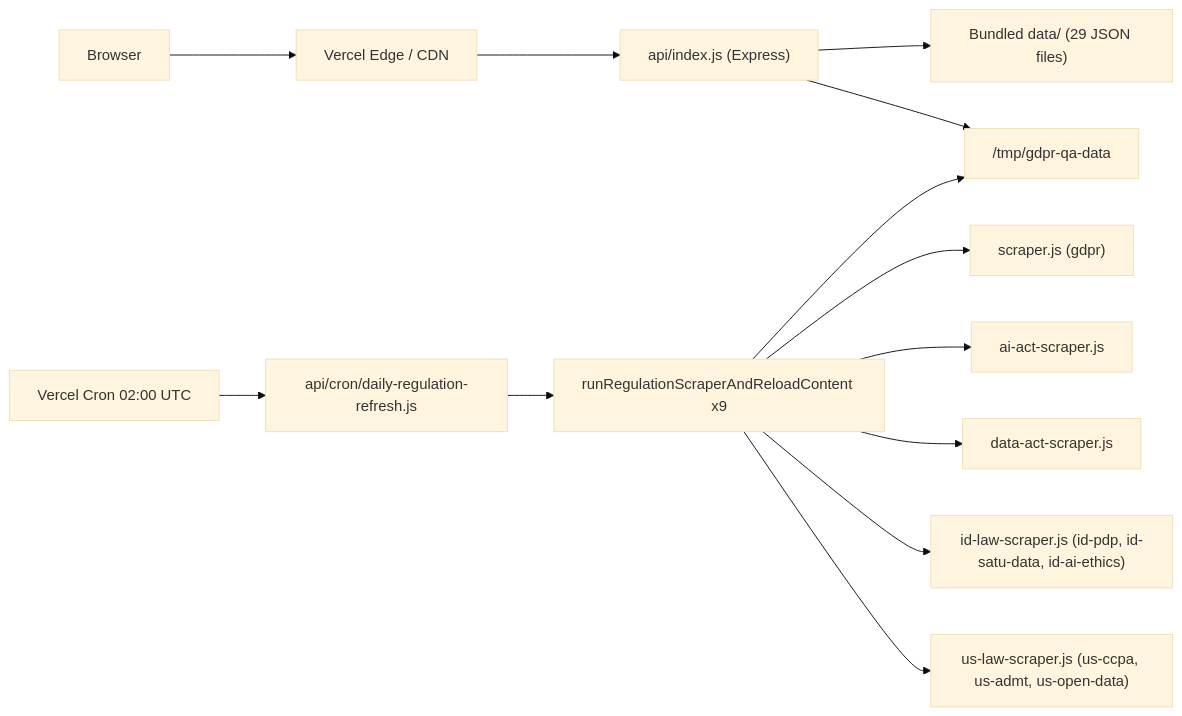
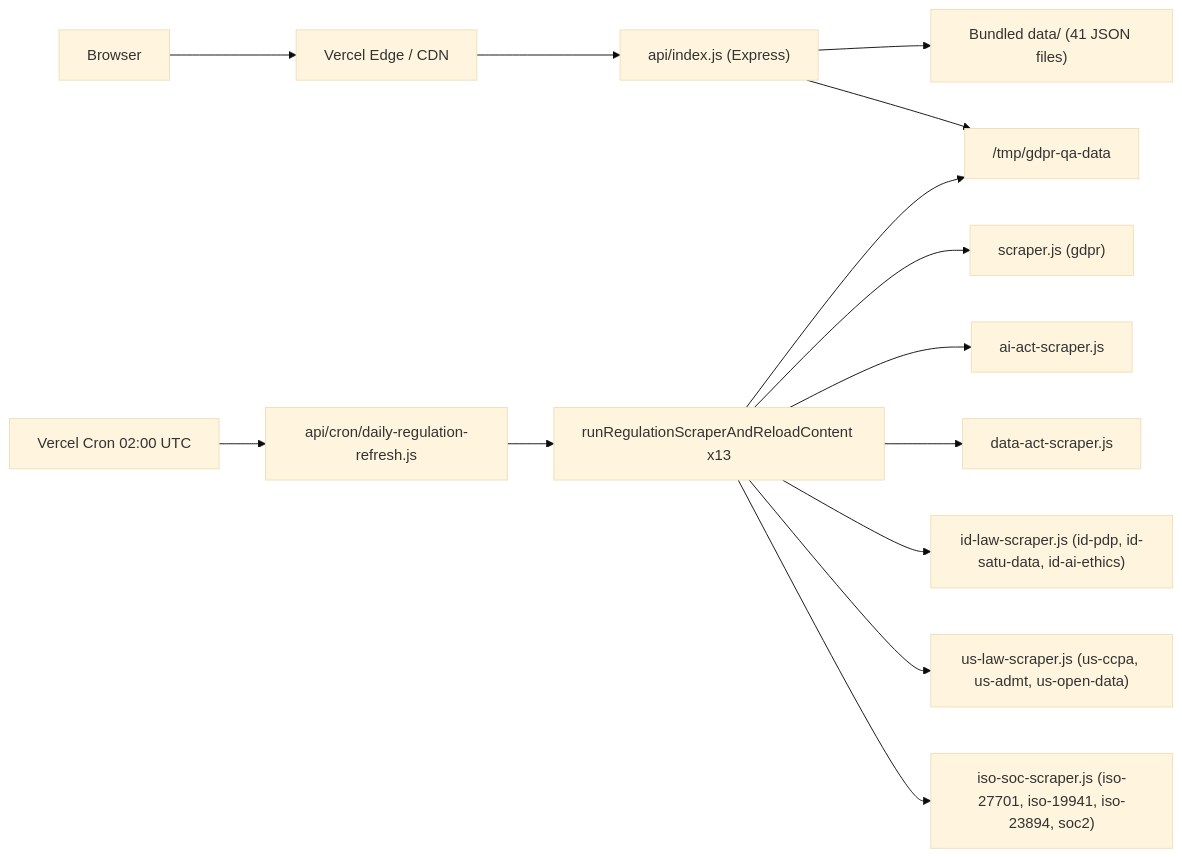
The diagram in docs/VERCEL_DEPLOY.md (RifqiMT/gdpr-qa-platform), drawn with Mermaid (base theme) before and after one commit. The commit also changed other lines of this file and 55 other files, not shown here.

````diff
--- a/docs/VERCEL_DEPLOY.md
+++ b/docs/VERCEL_DEPLOY.md
@@ -18,15 +18,16 @@
 ```mermaid
 flowchart LR
   User[Browser] --> Vercel[Vercel Edge / CDN]
   Vercel --> API["api/index.js (Express)"]
-  API --> Bundle["Bundled data/ (29 JSON files)"]
+  API --> Bundle["Bundled data/ (41 JSON files)"]
   API --> Tmp["/tmp/gdpr-qa-data"]
   Cron[Vercel Cron 02:00 UTC] --> CronFn["api/cron/daily-regulation-refresh.js"]
-  CronFn --> ETL[runRegulationScraperAndReloadContent x9]
+  CronFn --> ETL[runRegulationScraperAndReloadContent x13]
   ETL --> Tmp
   ETL --> S1["scraper.js (gdpr)"]
   ETL --> S2["ai-act-scraper.js"]
   ETL --> S3["data-act-scraper.js"]
   ETL --> S4["id-law-scraper.js (id-pdp, id-satu-data, id-ai-ethics)"]
   ETL --> S5["us-law-scraper.js (us-ccpa, us-admt, us-open-data)"]
+  ETL --> S6["iso-soc-scraper.js (iso-27701, iso-19941, iso-23894, soc2)"]
 ```
````
